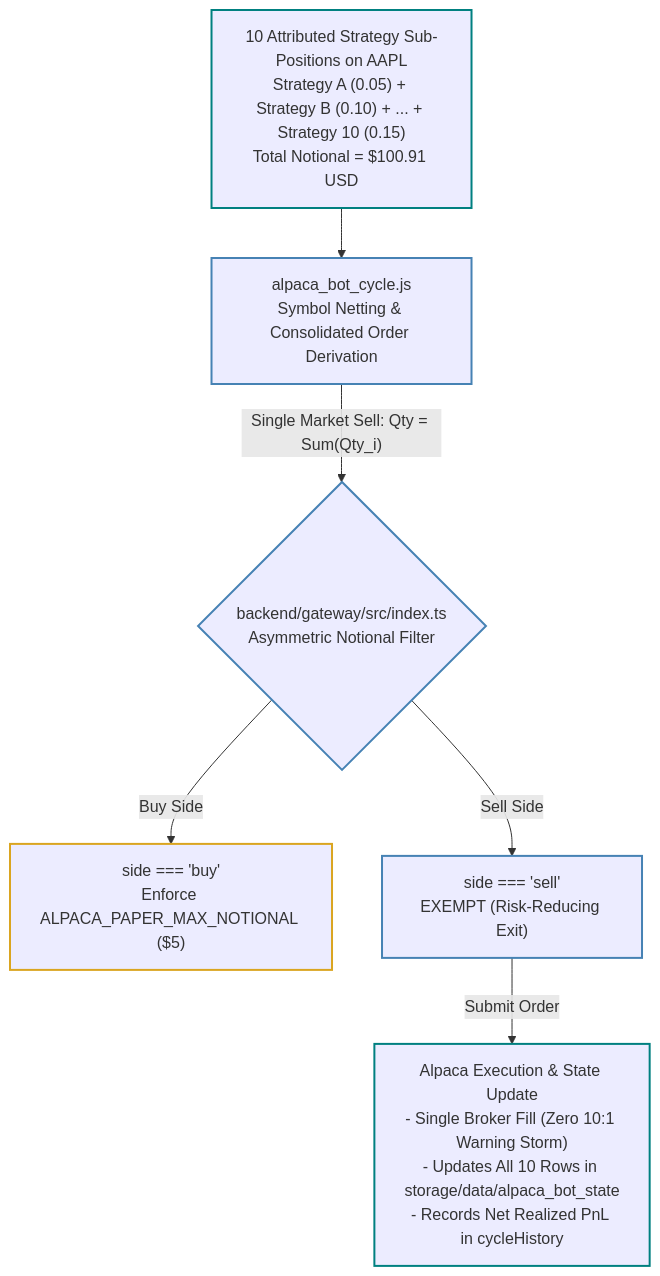
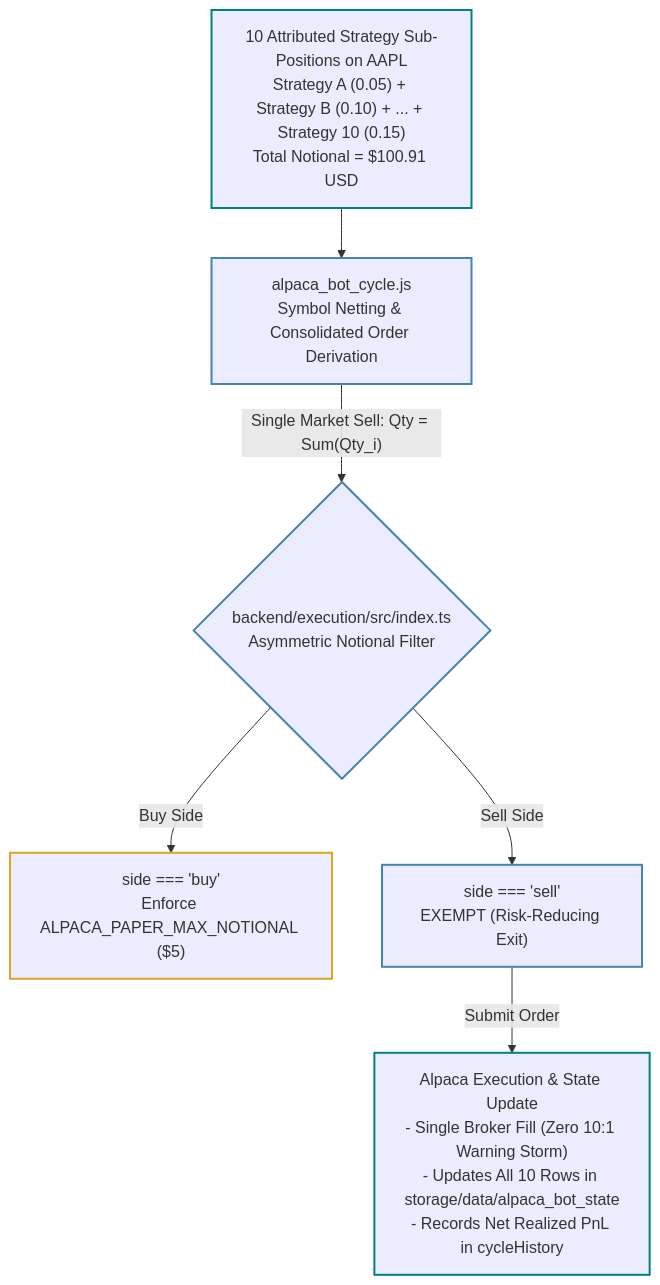
Before and after one commit to vgbn2/personal_finance_draft: the seventh of 24 diagrams in docs/Reports/SOVEREIGN_END_TO_END_ARCHITECTURE_REPORT.md, drawn with Mermaid. The commit also changed other lines of this file and 178 other files, not shown here.

````diff
--- a/docs/Reports/SOVEREIGN_END_TO_END_ARCHITECTURE_REPORT.md
+++ b/docs/Reports/SOVEREIGN_END_TO_END_ARCHITECTURE_REPORT.md
@@ -663,26 +663,26 @@
 ```mermaid
 flowchart TD
     classDef control stroke:steelblue,stroke-width:2px;
     classDef data stroke:teal,stroke-width:2px;
     classDef warning stroke:goldenrod,stroke-width:2px;
     classDef critical stroke:crimson,stroke-width:2px;
     classDef neutral stroke:gray,stroke-width:1px;
 
     SUB["10 Attributed Strategy Sub-Positions on AAPL<br/>Strategy A (0.05) + Strategy B (0.10) + ... + Strategy 10 (0.15)<br/>Total Notional = $100.91 USD"]:::data
 
     NET["alpaca_bot_cycle.js<br/>Symbol Netting & Consolidated Order Derivation"]:::control
     SUB --> NET
 
-    FILTER{"backend/gateway/src/index.ts<br/>Asymmetric Notional Filter"}:::control
+    FILTER{"backend/execution/src/index.ts<br/>Asymmetric Notional Filter"}:::control
     NET -->|"Single Market Sell: Qty = Sum(Qty_i)"| FILTER
 
     BUY_CLAMP["side === 'buy'<br/>Enforce ALPACA_PAPER_MAX_NOTIONAL ($5)"]:::warning
     SELL_EXEMPT["side === 'sell'<br/>EXEMPT (Risk-Reducing Exit)"]:::control
 
     FILTER -->|"Buy Side"| BUY_CLAMP
     FILTER -->|"Sell Side"| SELL_EXEMPT
 
     EXEC["Alpaca Execution & State Update<br/>- Single Broker Fill (Zero 10:1 Warning Storm)<br/>- Updates All 10 Rows in storage/data/alpaca_bot_state<br/>- Records Net Realized PnL in cycleHistory"]:::data
 
     SELL_EXEMPT -->|"Submit Order"| EXEC
 ```
````
